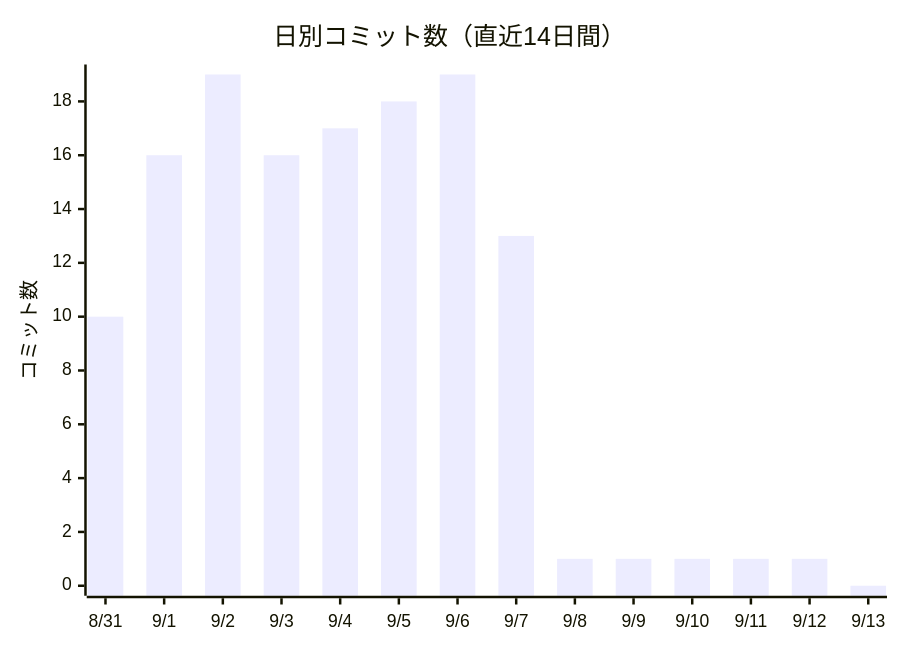
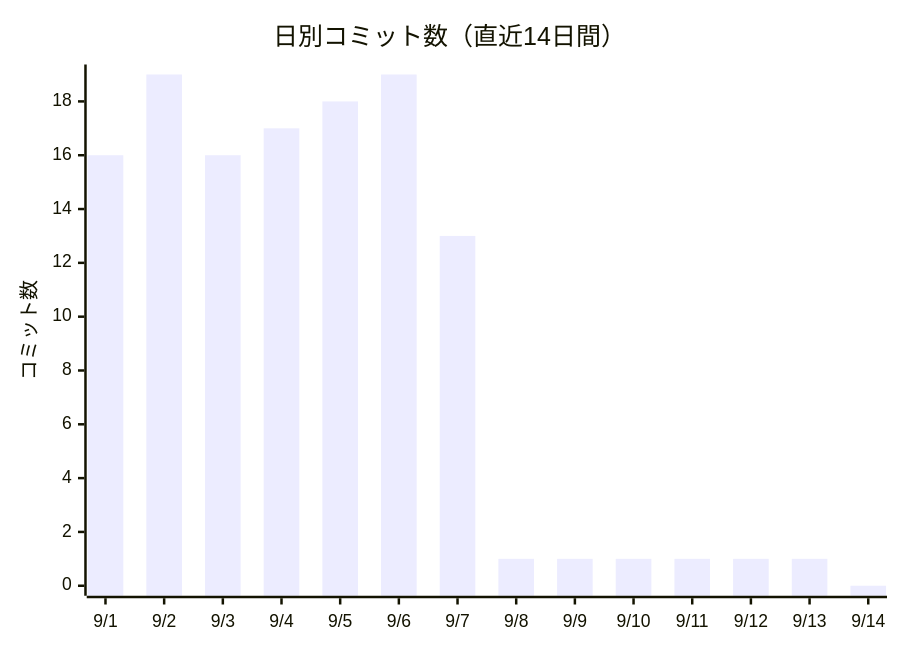
The first of 2 diagrams in docs/進化レポート.md (non-x2/non-x2), drawn with Mermaid before and after one commit. The commit also changed other lines of this file and 1 other file, not shown here.

````diff
--- a/docs/進化レポート.md
+++ b/docs/進化レポート.md
@@ -23,7 +23,7 @@
 ```mermaid
 xychart-beta
     title "日別コミット数（直近14日間）"
-    x-axis ["8/31", "9/1", "9/2", "9/3", "9/4", "9/5", "9/6", "9/7", "9/8", "9/9", "9/10", "9/11", "9/12", "9/13"]
+    x-axis ["9/1", "9/2", "9/3", "9/4", "9/5", "9/6", "9/7", "9/8", "9/9", "9/10", "9/11", "9/12", "9/13", "9/14"]
     y-axis "コミット数"
-    bar [10, 16, 19, 16, 17, 18, 19, 13, 1, 1, 1, 1, 1, 0]
+    bar [16, 19, 16, 17, 18, 19, 13, 1, 1, 1, 1, 1, 1, 0]
 ```
````
